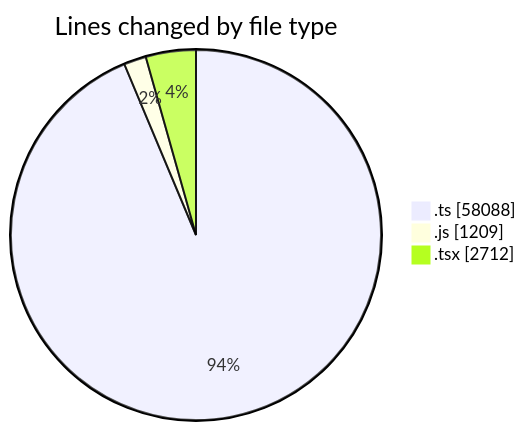
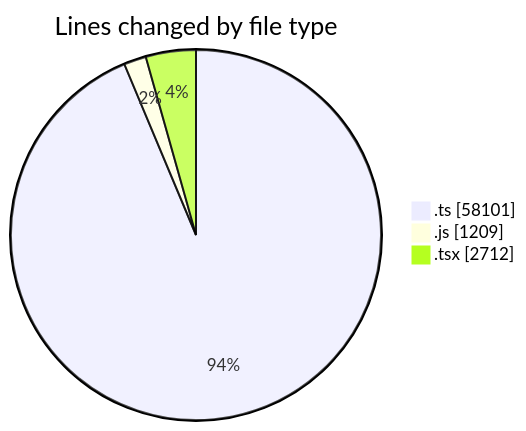
Before and after one commit to momahboobian/code-tracking: the first of 2 diagrams in 2026-11-03/cda/README.md, drawn with Mermaid. The commit also changed other lines of this file and 1 other file, not shown here.

````diff
--- a/2026-11-03/cda/README.md
+++ b/2026-11-03/cda/README.md
@@ -53,7 +53,7 @@
 ```mermaid
 pie showData
 title Lines changed by file type
-".ts" : 58088
+".ts" : 58101
 ".js" : 1209
 ".tsx" : 2712
 ```
````
